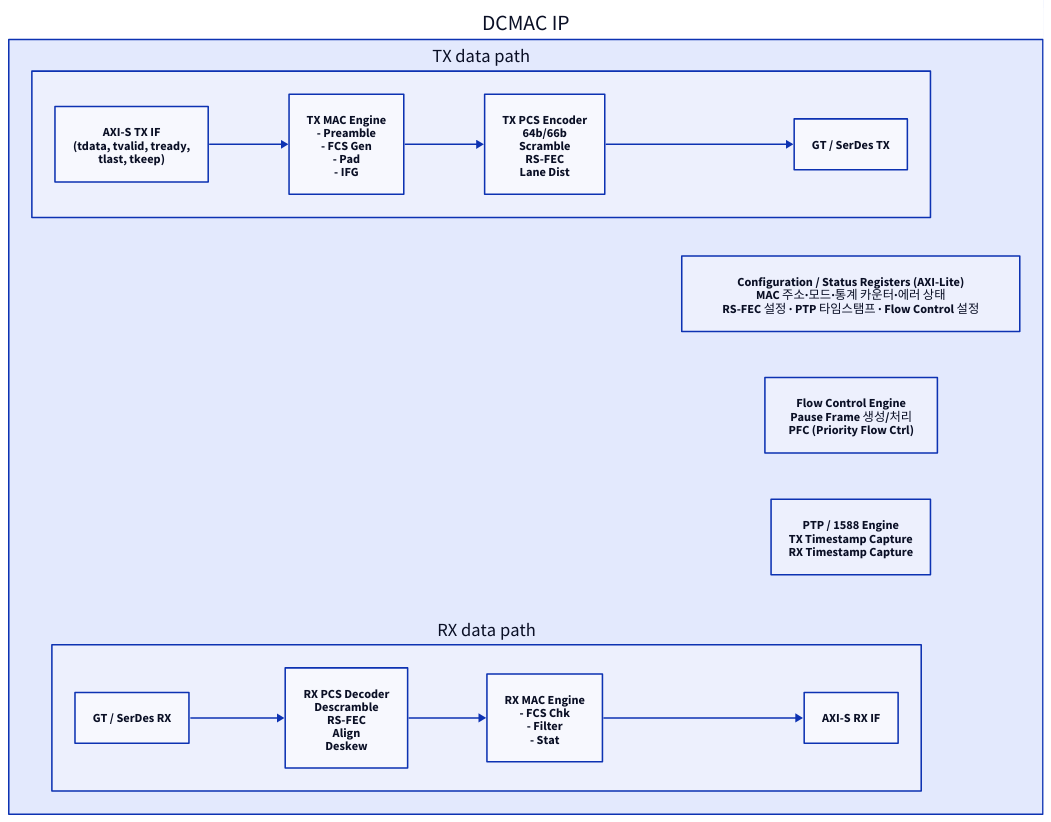
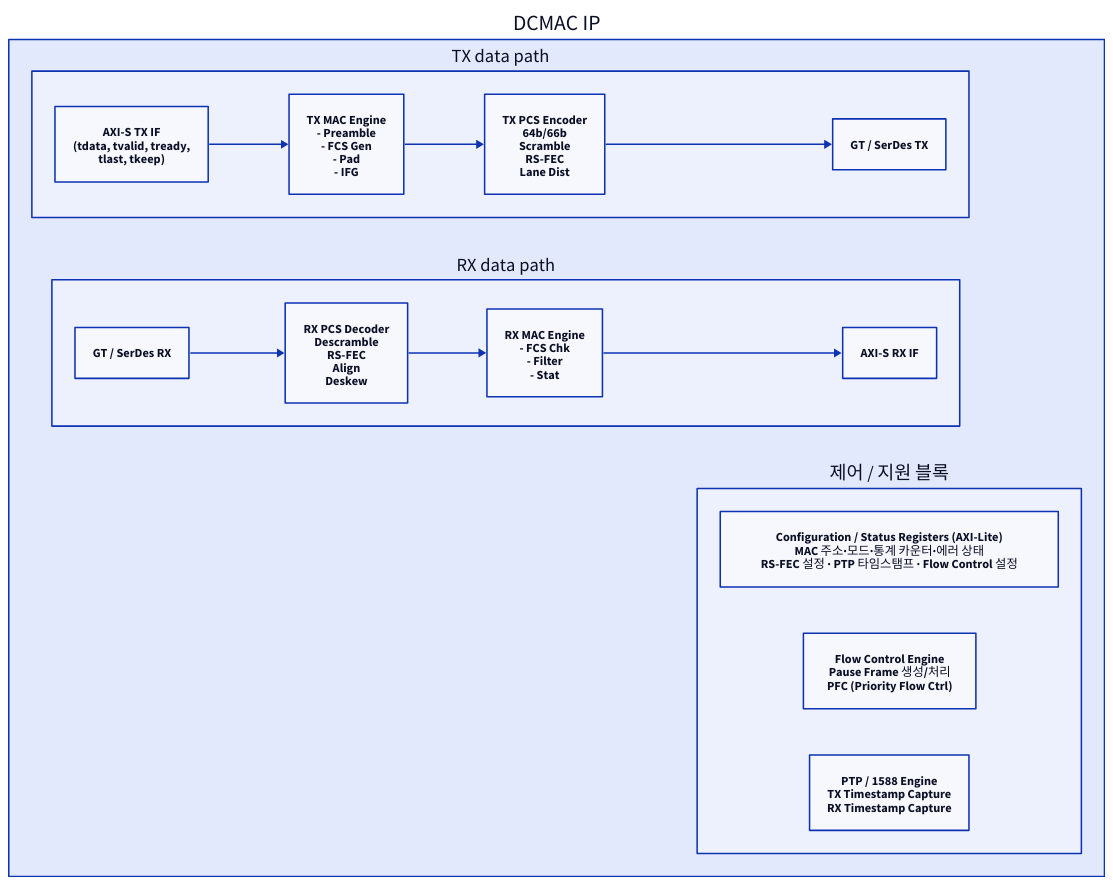
One commit to humbleowl39/DV_SKOOL changed the third of 7 diagrams in topics/ethernet_dcmac/docs/02_dcmac_architecture.md. Above: the diagram before and after it, drawn with D2. The commit also changed other lines of this file and 5 other files, not shown here.

First line of the commit message:
docs: sparse 다이어그램 컴팩트화 — 1T1C 등 저노드 tall 체인 가로 전환

````diff
--- a/topics/ethernet_dcmac/docs/02_dcmac_architecture.md
+++ b/topics/ethernet_dcmac/docs/02_dcmac_architecture.md
@@ -223,30 +229,33 @@
 ```d2
 direction: right
 
 DCMAC: "DCMAC IP" {
   direction: down
   TX_ROW: "TX data path" {
     direction: right
     AXIS_TX: "AXI-S TX IF\n(tdata, tvalid, tready,\ntlast, tkeep)"
     TX_MAC: "TX MAC Engine\n- Preamble\n- FCS Gen\n- Pad\n- IFG"
     TX_PCS: "TX PCS Encoder\n64b/66b\nScramble\nRS-FEC\nLane Dist"
     GT_TX: "GT / SerDes TX"
     AXIS_TX -> TX_MAC
     TX_MAC -> TX_PCS
     TX_PCS -> GT_TX
   }
   RX_ROW: "RX data path" {
     direction: right
     GT_RX: "GT / SerDes RX"
     RX_PCS: "RX PCS Decoder\nDescramble\nRS-FEC\nAlign\nDeskew"
     RX_MAC: "RX MAC Engine\n- FCS Chk\n- Filter\n- Stat"
     AXIS_RX: "AXI-S RX IF"
     GT_RX -> RX_PCS
     RX_PCS -> RX_MAC
     RX_MAC -> AXIS_RX
   }
-  CFG: "Configuration / Status Registers (AXI-Lite)\nMAC 주소·모드·통계 카운터·에러 상태\nRS-FEC 설정 · PTP 타임스탬프 · Flow Control 설정"
-  FC_ENG: "Flow Control Engine\nPause Frame 생성/처리\nPFC (Priority Flow Ctrl)"
-  PTP_ENG: "PTP / 1588 Engine\nTX Timestamp Capture\nRX Timestamp Capture"
+  SUPPORT: "제어 / 지원 블록" {
+    direction: right
+    CFG: "Configuration / Status Registers (AXI-Lite)\nMAC 주소·모드·통계 카운터·에러 상태\nRS-FEC 설정 · PTP 타임스탬프 · Flow Control 설정"
+    FC_ENG: "Flow Control Engine\nPause Frame 생성/처리\nPFC (Priority Flow Ctrl)"
+    PTP_ENG: "PTP / 1588 Engine\nTX Timestamp Capture\nRX Timestamp Capture"
+  }
 }
 ```
````
